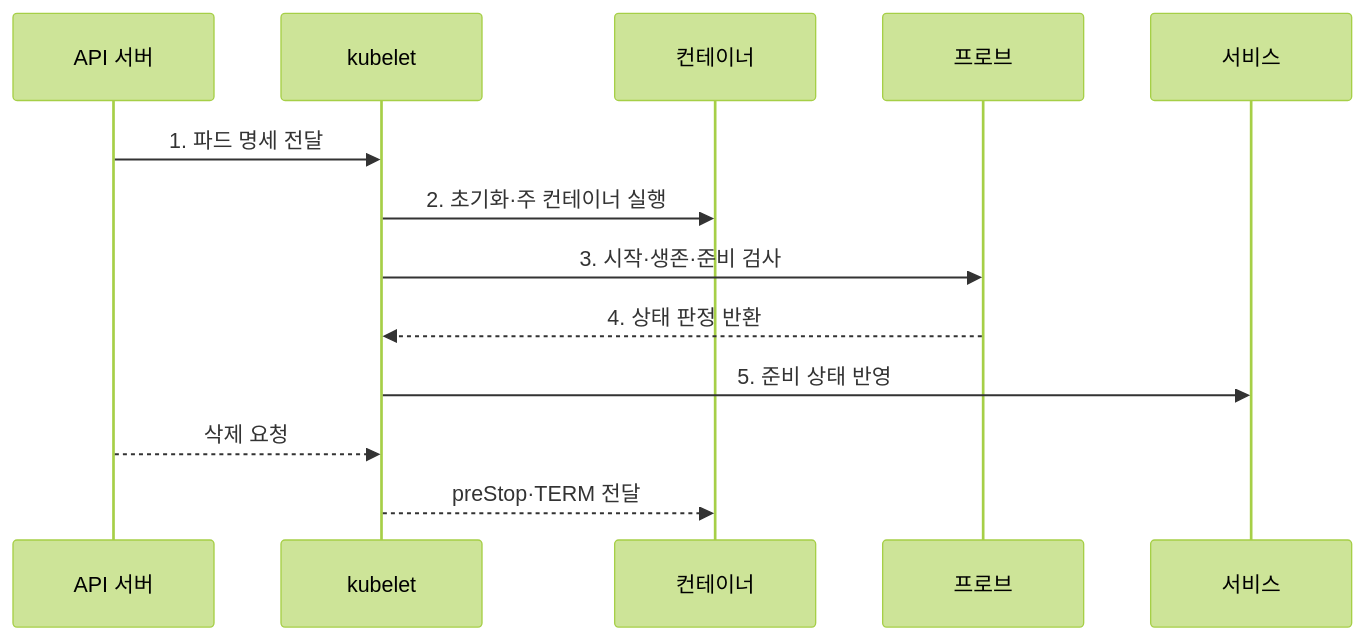
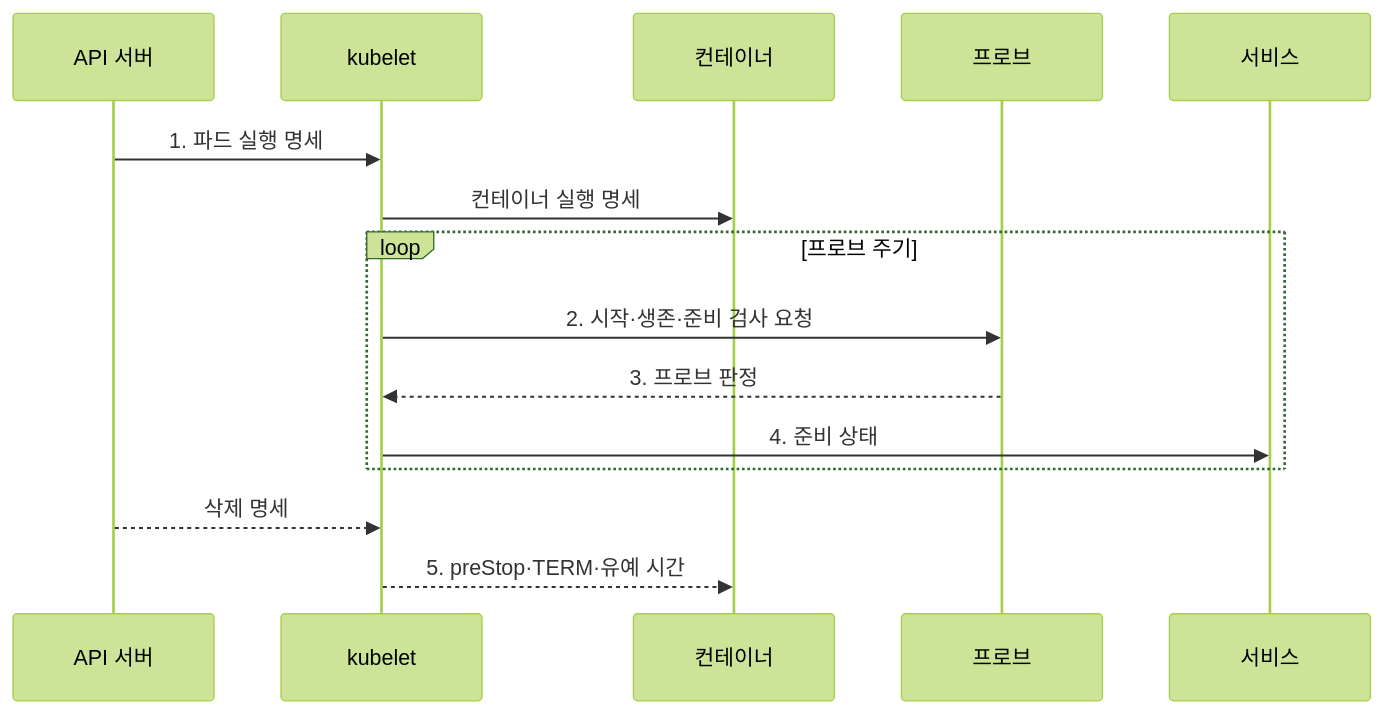
One commit to agnusdei1207/knowledge-base changed the second of 2 diagrams in src/content/docs/notes/03-software/153_kubernetes_pod_lifecycle.md. Above: the diagram before and after it, drawn with Mermaid (forest theme). The commit also changed other lines of this file and 20 other files, not shown here.

````diff
--- a/src/content/docs/notes/03-software/153_kubernetes_pod_lifecycle.md
+++ b/src/content/docs/notes/03-software/153_kubernetes_pod_lifecycle.md
@@ -85,15 +89,17 @@
 ```mermaid
 sequenceDiagram
     participant A as API 서버
     participant K as kubelet
     participant C as 컨테이너
     participant P as 프로브
     participant E as 서비스
-    A->>K: 1. 파드 명세 전달
-    K->>C: 2. 초기화·주 컨테이너 실행
-    K->>P: 3. 시작·생존·준비 검사
-    P-->>K: 4. 상태 판정 반환
-    K->>E: 5. 준비 상태 반영
-    A-->>K: 삭제 요청
-    K-->>C: preStop·TERM 전달
+    A->>K: 1. 파드 실행 명세
+    K->>C: 컨테이너 실행 명세
+    loop 프로브 주기
+        K->>P: 2. 시작·생존·준비 검사 요청
+        P-->>K: 3. 프로브 판정
+        K->>E: 4. 준비 상태
+    end
+    A-->>K: 삭제 명세
+    K-->>C: 5. preStop·TERM·유예 시간
 ```
````
